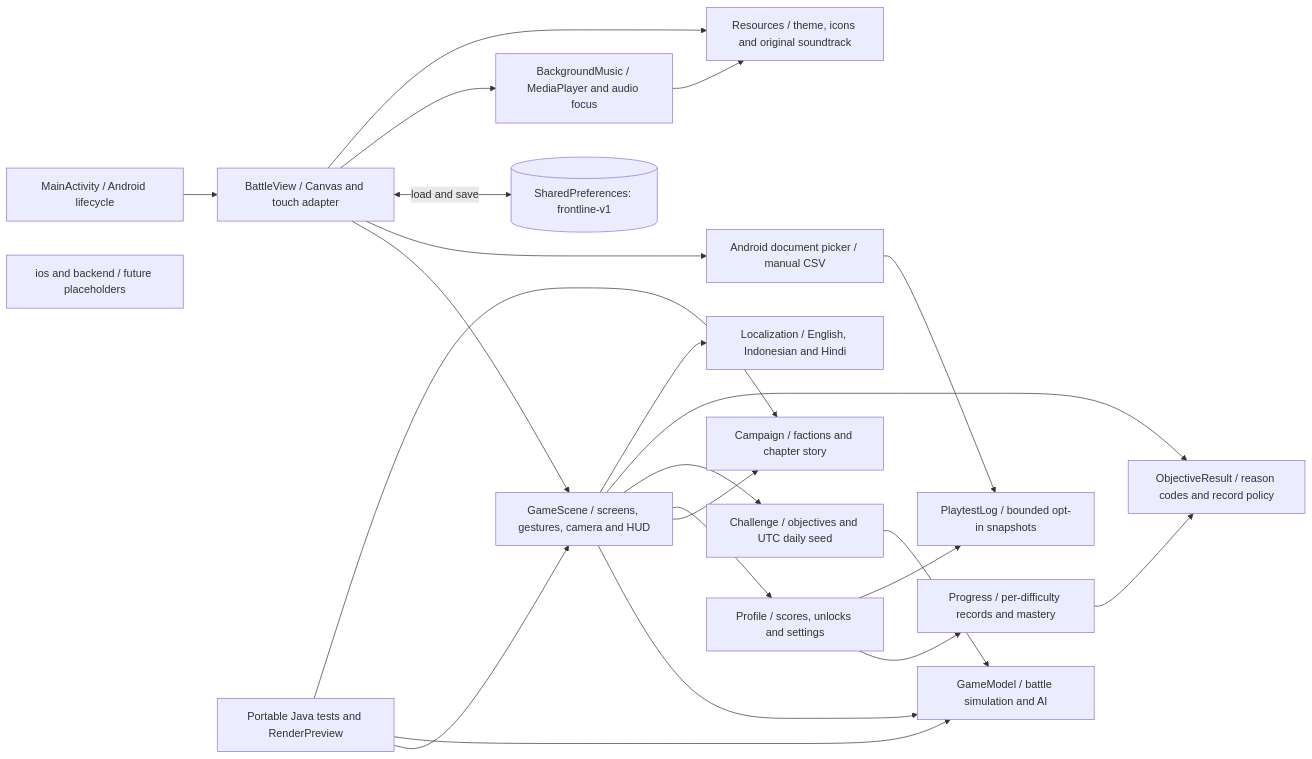
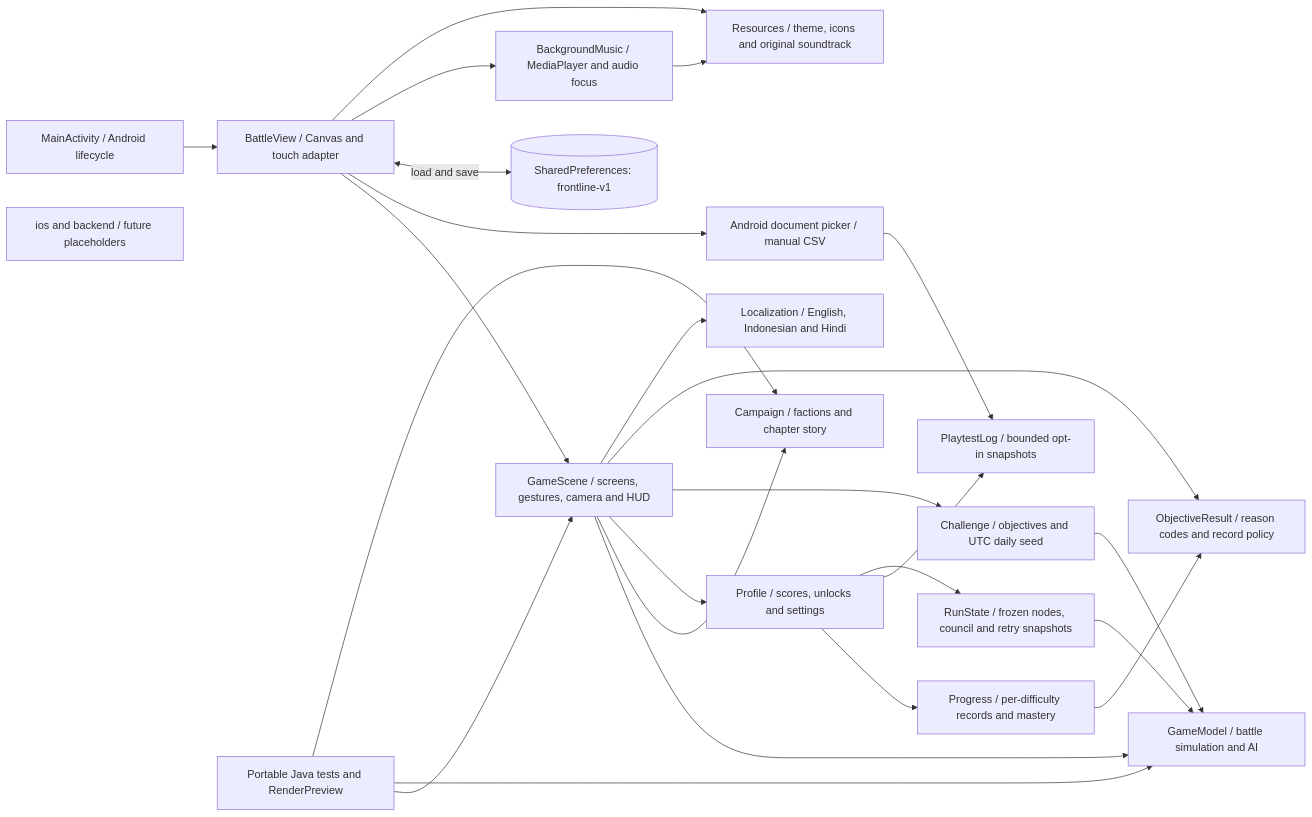
The first of 3 diagrams in docs/architecture.md (rohitashmathur/Frontline), drawn with Mermaid before and after one commit. The commit also changed other lines of this file and 21 other files, not shown here.

````diff
--- a/docs/architecture.md
+++ b/docs/architecture.md
@@ -7,42 +7,45 @@
 ```mermaid
 flowchart LR
     Activity[MainActivity / Android lifecycle]
     View[BattleView / Canvas and touch adapter]
     Scene[GameScene / screens, gestures, camera and HUD]
     Model[GameModel / battle simulation and AI]
     Campaign[Campaign / factions and chapter story]
     Profile[Profile / scores, unlocks and settings]
     Progress[Progress / per-difficulty records and mastery]
     Challenges[Challenge / objectives and UTC daily seed]
     Objective[ObjectiveResult / reason codes and record policy]
     Locale[Localization / English, Indonesian and Hindi]
+    Run[RunState / frozen nodes, council and retry snapshots]
     Log[PlaytestLog / bounded opt-in snapshots]
     Export[Android document picker / manual CSV]
     Storage[(SharedPreferences: frontline-v1)]
     Music[BackgroundMusic / MediaPlayer and audio focus]
     Assets[Resources / theme, icons and original soundtrack]
     Tests[Portable Java tests and RenderPreview]
     Future[ios and backend / future placeholders]
 
     Activity --> View
     View --> Scene
     Scene --> Model
     Scene --> Campaign
     Scene --> Profile
     Profile --> Progress
     Profile --> Log
+    Profile --> Run
+    Run --> Model
     Scene --> Challenges
     Scene --> Objective
     Scene --> Locale
     Progress --> Objective
     Challenges --> Model
     View --> Export
     Export --> Log
     View <-->|load and save| Storage
     View --> Music
     Music --> Assets
     View --> Assets
     Tests --> Scene
     Tests --> Model
     Tests --> Campaign
 ```
````
